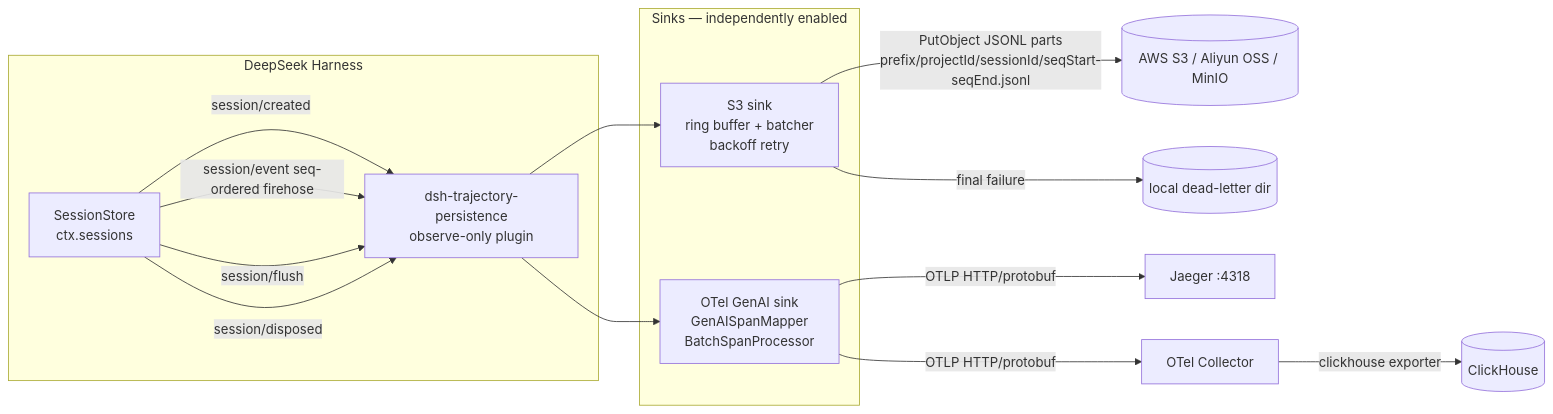
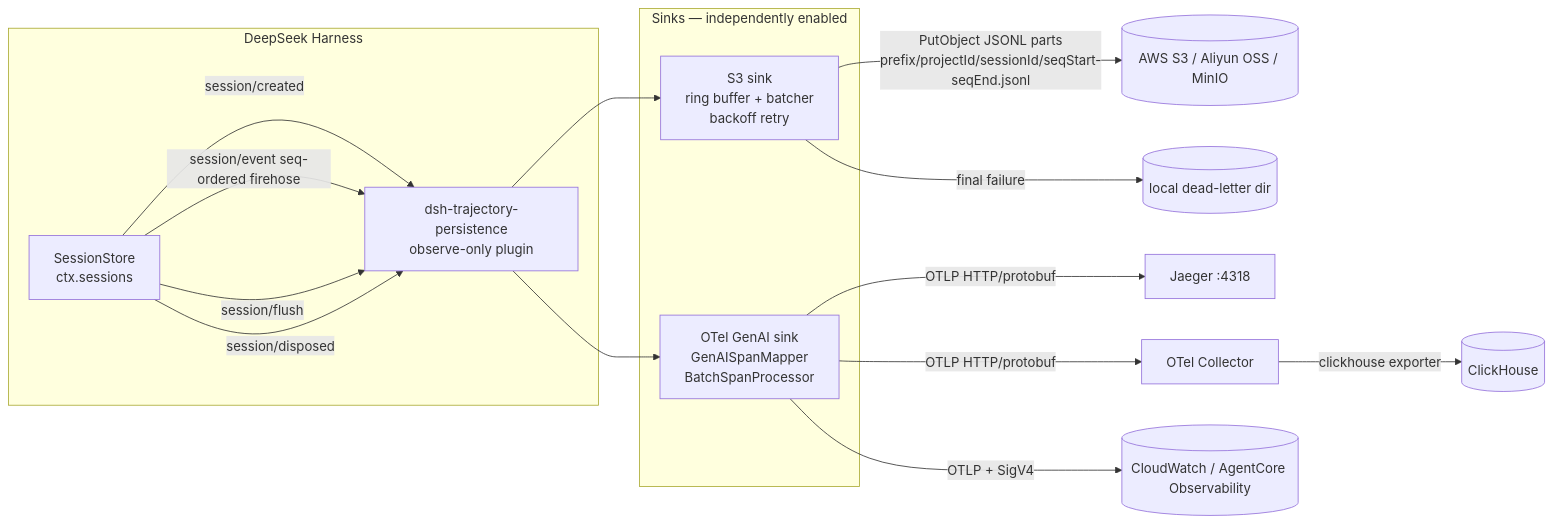
One commit to aws-cnug-o11y/dsh-trajectory-persistence changed the diagram in README.md. Above: the diagram before and after it, drawn with Mermaid. The commit also changed other lines of this file and 9 other files, not shown here.

````diff
--- a/README.md
+++ b/README.md
@@ -24,21 +25,22 @@
 ```mermaid
 flowchart LR
     subgraph dsh [DeepSeek Harness]
         SS[SessionStore<br/>ctx.sessions] -->|session/created| P
         SS -->|session/event seq-ordered firehose| P
         SS -->|session/flush| P
         SS -->|session/disposed| P
         P[dsh-trajectory-persistence<br/>observe-only plugin]
     end
     subgraph sinks [Sinks — independently enabled]
         S3S[S3 sink<br/>ring buffer + batcher<br/>backoff retry]
         OTS[OTel GenAI sink<br/>GenAISpanMapper<br/>BatchSpanProcessor]
     end
     P --> S3S
     P --> OTS
     S3S -->|PutObject JSONL parts<br/>prefix/projectId/sessionId/seqStart-seqEnd.jsonl| S3[(AWS S3 / Aliyun OSS / MinIO)]
     S3S -->|final failure| DL[(local dead-letter dir)]
     OTS -->|OTLP HTTP/protobuf| J[Jaeger :4318]
     OTS -->|OTLP HTTP/protobuf| C[OTel Collector]
+    OTS -->|OTLP + SigV4| CW[(CloudWatch / AgentCore Observability)]
     C -->|clickhouse exporter| CH[(ClickHouse)]
 ```
````
